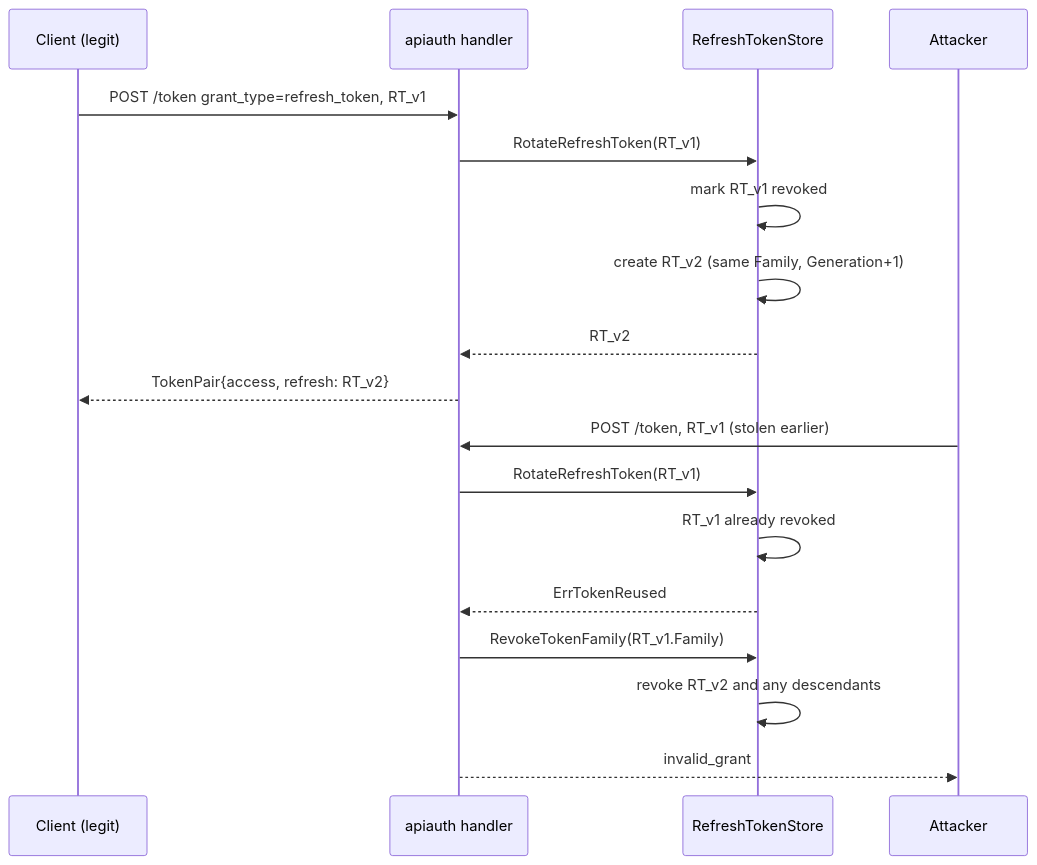
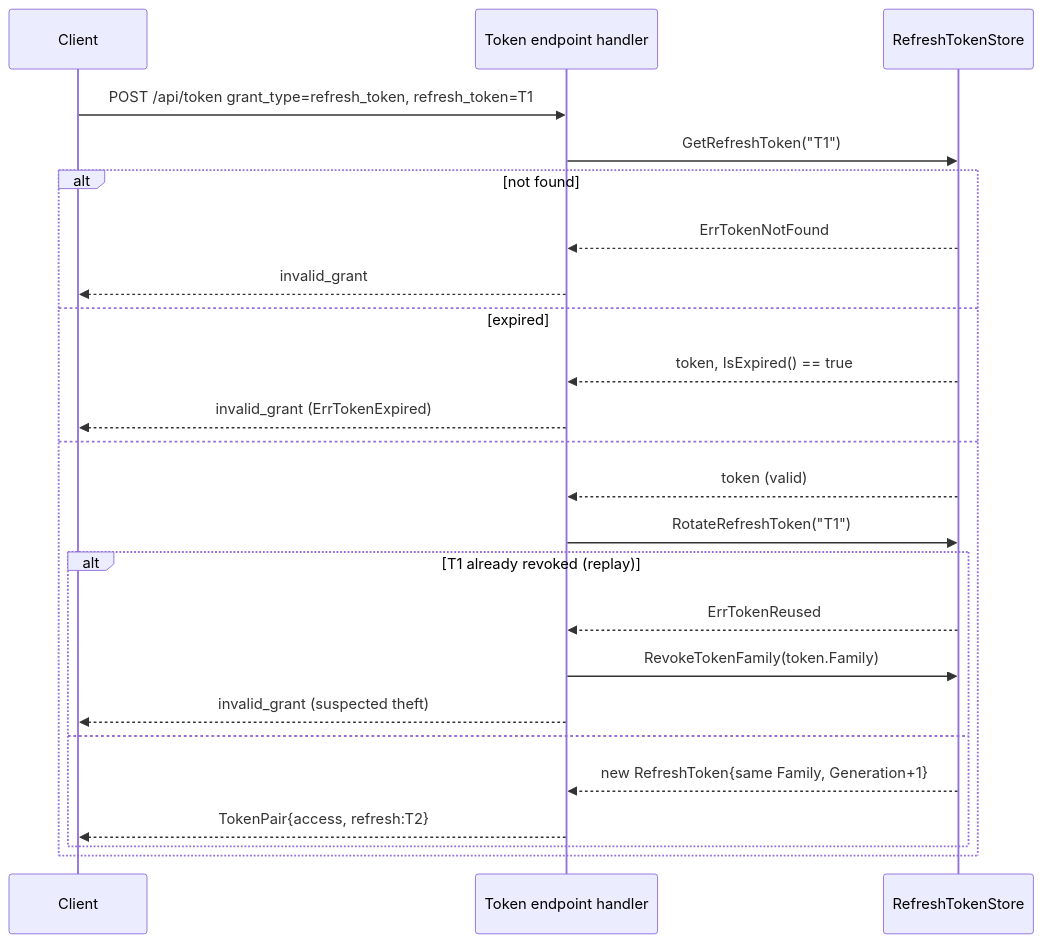
One commit to panyam/oneauth changed the second of 2 diagrams in core/DESIGN.md. Above: the diagram before and after it, drawn with Mermaid. The commit also changed other lines of this file and 42 other files, not shown here.

````diff
--- a/core/DESIGN.md
+++ b/core/DESIGN.md
@@ -153,22 +112,27 @@
 ```mermaid
 sequenceDiagram
-    participant C as Client (legit)
-    participant API as apiauth handler
-    participant S as RefreshTokenStore
-    participant A as Attacker
+    participant Client
+    participant Handler as Token endpoint handler
+    participant Store as RefreshTokenStore
 
-    C->>API: POST /token grant_type=refresh_token, RT_v1
-    API->>S: RotateRefreshToken(RT_v1)
-    S->>S: mark RT_v1 revoked
-    S->>S: create RT_v2 (same Family, Generation+1)
-    S-->>API: RT_v2
-    API-->>C: TokenPair{access, refresh: RT_v2}
-
-    A->>API: POST /token, RT_v1 (stolen earlier)
-    API->>S: RotateRefreshToken(RT_v1)
-    S->>S: RT_v1 already revoked
-    S-->>API: ErrTokenReused
-    API->>S: RevokeTokenFamily(RT_v1.Family)
-    S->>S: revoke RT_v2 and any descendants
-    API-->>A: invalid_grant
+    Client->>Handler: POST /api/token grant_type=refresh_token, refresh_token=T1
+    Handler->>Store: GetRefreshToken("T1")
+    alt not found
+        Store-->>Handler: ErrTokenNotFound
+        Handler-->>Client: invalid_grant
+    else expired
+        Store-->>Handler: token, IsExpired() == true
+        Handler-->>Client: invalid_grant (ErrTokenExpired)
+    else
+        Store-->>Handler: token (valid)
+        Handler->>Store: RotateRefreshToken("T1")
+        alt T1 already revoked (replay)
+            Store-->>Handler: ErrTokenReused
+            Handler->>Store: RevokeTokenFamily(token.Family)
+            Handler-->>Client: invalid_grant (suspected theft)
+        else
+            Store-->>Handler: new RefreshToken{same Family, Generation+1}
+            Handler-->>Client: TokenPair{access, refresh:T2}
+        end
+    end
 ```
````
